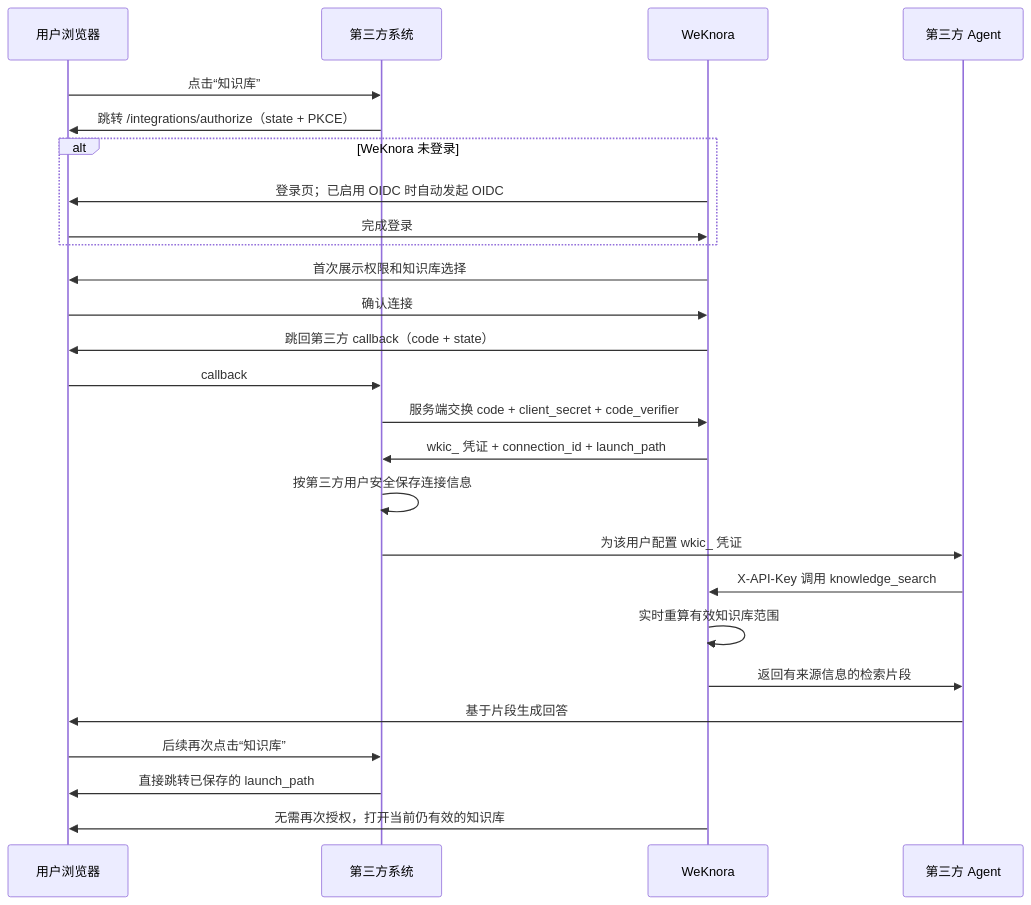
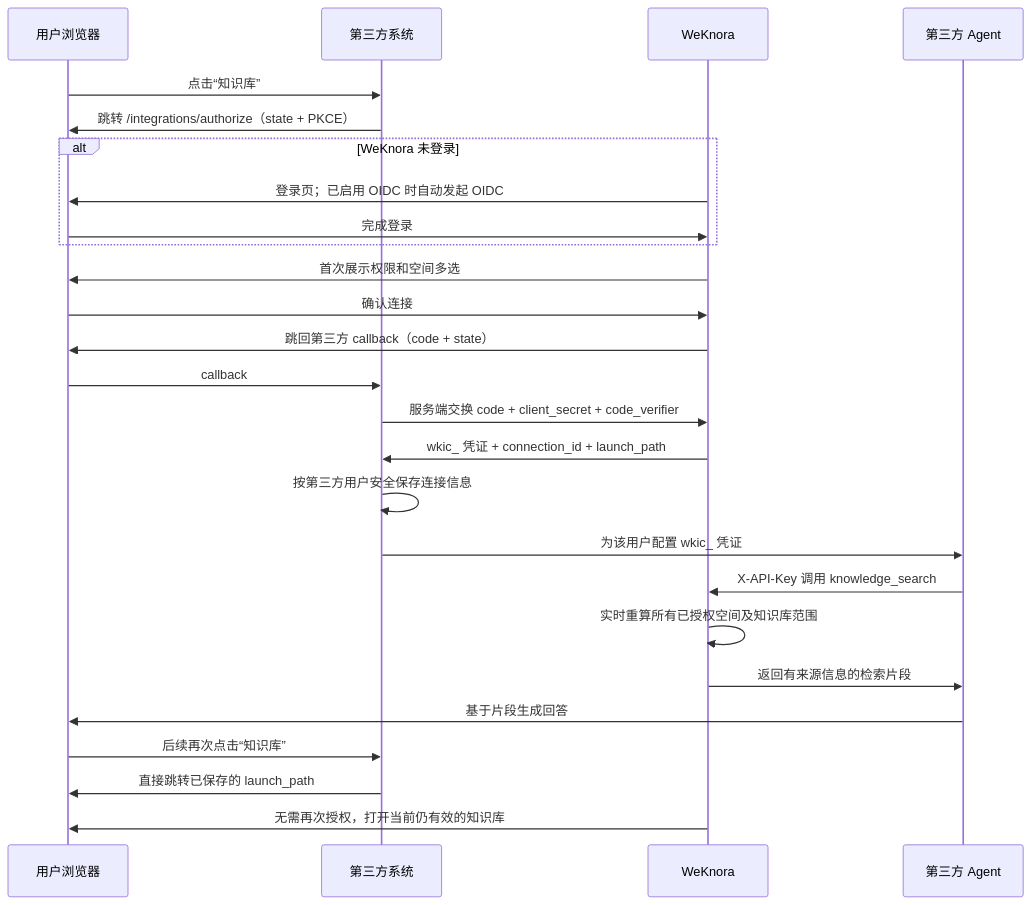
Before and after one commit to RipperTs/WeKnoraX: the diagram in docs/第三方系统一键登录与知识库Agent接入.md, drawn with Mermaid. The commit also changed other lines of this file and 23 other files, not shown here.

````diff
--- a/docs/第三方系统一键登录与知识库Agent接入.md
+++ b/docs/第三方系统一键登录与知识库Agent接入.md
@@ -28,29 +28,29 @@
 ```mermaid
 sequenceDiagram
     participant U as 用户浏览器
     participant T as 第三方系统
     participant W as WeKnora
     participant A as 第三方 Agent
 
     U->>T: 点击“知识库”
     T->>U: 跳转 /integrations/authorize（state + PKCE）
     alt WeKnora 未登录
         W->>U: 登录页；已启用 OIDC 时自动发起 OIDC
         U->>W: 完成登录
     end
-    W->>U: 首次展示权限和知识库选择
+    W->>U: 首次展示权限和空间多选
     U->>W: 确认连接
     W->>U: 跳回第三方 callback（code + state）
     U->>T: callback
     T->>W: 服务端交换 code + client_secret + code_verifier
     W->>T: wkic_ 凭证 + connection_id + launch_path
     T->>T: 按第三方用户安全保存连接信息
     T->>A: 为该用户配置 wkic_ 凭证
     A->>W: X-API-Key 调用 knowledge_search
-    W->>W: 实时重算有效知识库范围
+    W->>W: 实时重算所有已授权空间及知识库范围
     W->>A: 返回有来源信息的检索片段
     A->>U: 基于片段生成回答
     U->>T: 后续再次点击“知识库”
     T->>U: 直接跳转已保存的 launch_path
     W->>U: 无需再次授权，打开当前仍有效的知识库
 ```
````
